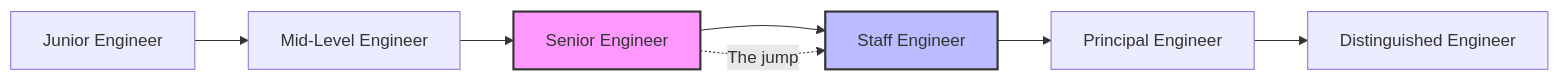
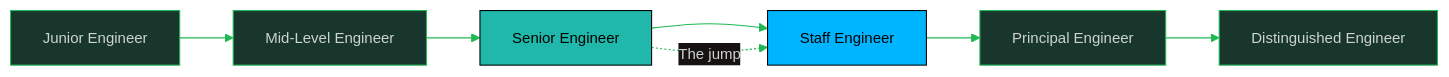
Before and after one commit to oat431/swe-knowledge: the first of 6 diagrams in career-path/02_Senior_Software_Engineer/09_Promotion_Evidence_and_Capstone/05_Career_Ladders.md, drawn with Mermaid. The commit also changed other lines of this file and 893 other files, not shown here.

````diff
--- a/career-path/02_Senior_Software_Engineer/09_Promotion_Evidence_and_Capstone/05_Career_Ladders.md
+++ b/career-path/02_Senior_Software_Engineer/09_Promotion_Evidence_and_Capstone/05_Career_Ladders.md
@@ -30,13 +30,14 @@
 ```mermaid
+%%{init: {'theme':'base','themeVariables':{'primaryColor':'#19362D','primaryTextColor':'#CDD3D1','primaryBorderColor':'#1FB854','lineColor':'#1FB854','background':'#1B1717','mainBkg':'#19362D','clusterBkg':'#161212','edgeLabelBackground':'#161212','titleColor':'#1FB854','fontSize':'14px'}}}%%
 flowchart LR
     A[Junior Engineer] --> B[Mid-Level Engineer]
     B --> C[Senior Engineer]
     C --> D[Staff Engineer]
     D --> E[Principal Engineer]
     E --> F[Distinguished Engineer]
     
-    style C fill:#f9f,stroke:#333,stroke-width:2px
-    style D fill:#bbf,stroke:#333,stroke-width:2px
+    style C fill:#1FB8AB,stroke:#000000,color:#000000
+    style D fill:#00B5FF,stroke:#000000,color:#000000
     
     C -.->|"The jump"| D
 ```
````
